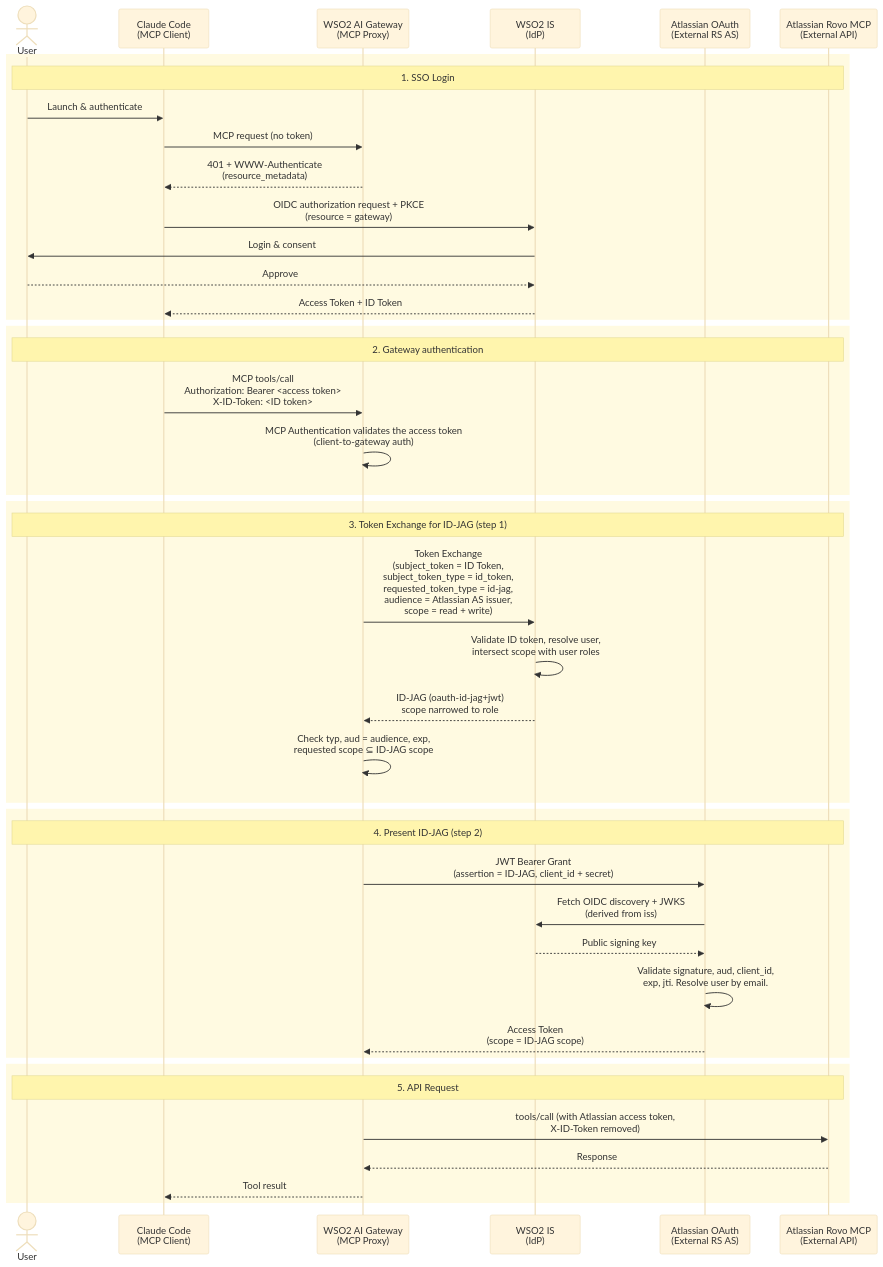
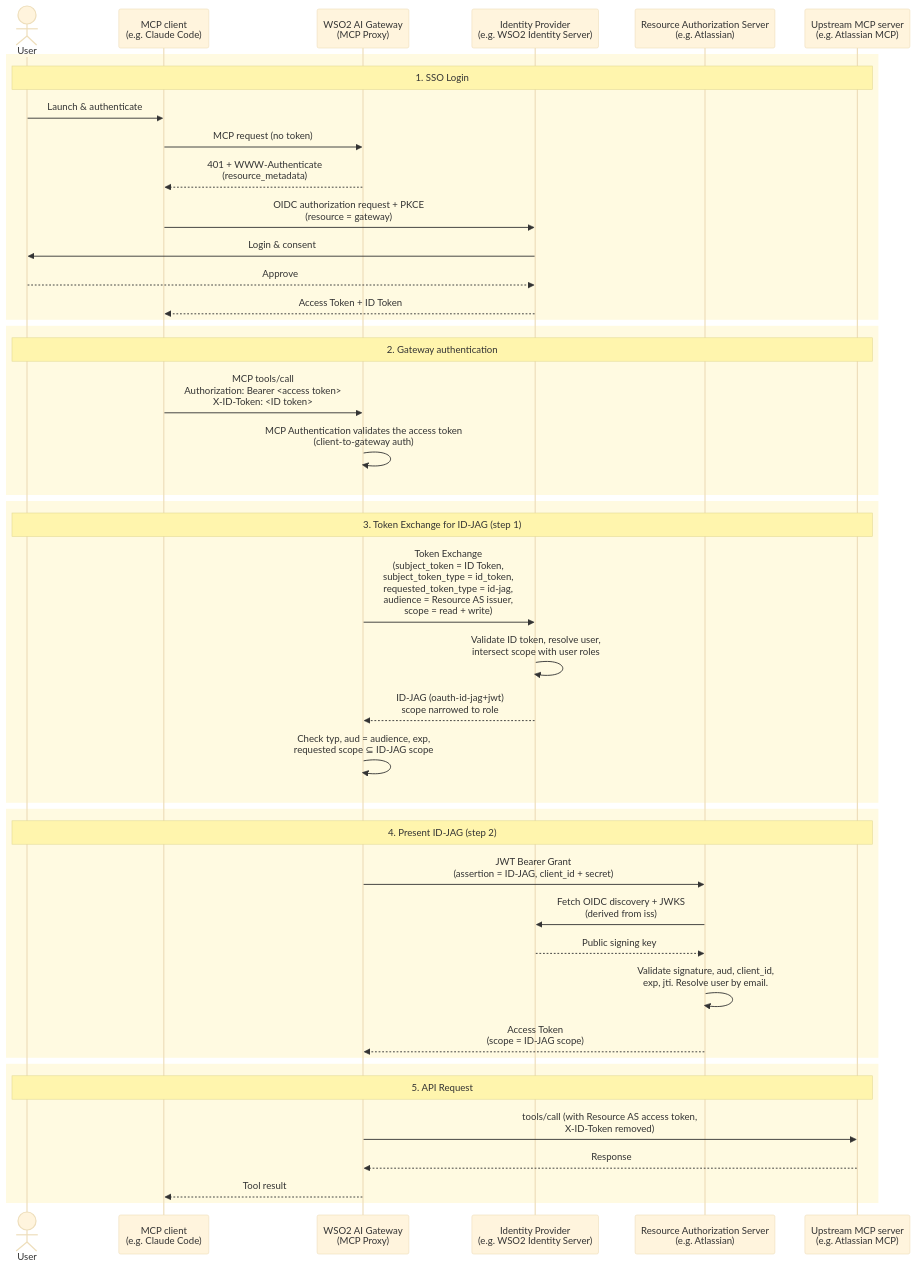
One commit to DinikaSen/id-jag-token-exchange-policy changed the diagram in docs/id-jag-flow-id-token.mmd. Above: the diagram before and after it, drawn with Mermaid (base theme). The commit also changed 5 other files, not shown here.

```diff
--- a/docs/id-jag-flow-id-token.mmd
+++ b/docs/id-jag-flow-id-token.mmd
@@ -1,48 +1,48 @@
 sequenceDiagram
     actor User
-    participant Client as Claude Code<br/>(MCP Client)
+    participant Client as MCP client<br/>(e.g. Claude Code)
     participant GW as WSO2 AI Gateway<br/>(MCP Proxy)
-    participant IdP as WSO2 IS<br/>(IdP)
-    participant RAS as Atlassian OAuth<br/>(External RS AS)
-    participant MCP as Atlassian Rovo MCP<br/>(External API)
+    participant IdP as Identity Provider<br/>(e.g. WSO2 Identity Server)
+    participant RAS as Resource Authorization Server<br/>(e.g. Atlassian)
+    participant MCP as Upstream MCP server<br/>(e.g. Atlassian MCP)
 
     rect rgb(255, 250, 225)
         Note over User,MCP: 1. SSO Login
         User->>Client: Launch & authenticate
         Client->>GW: MCP request (no token)
         GW-->>Client: 401 + WWW-Authenticate<br/>(resource_metadata)
         Client->>IdP: OIDC authorization request + PKCE<br/>(resource = gateway)
         IdP->>User: Login & consent
         User-->>IdP: Approve
         IdP-->>Client: Access Token + ID Token
     end
 
     rect rgb(255, 250, 225)
         Note over User,MCP: 2. Gateway authentication
         Client->>GW: MCP tools/call<br/>Authorization: Bearer <access token><br/>X-ID-Token: <ID token>
         GW->>GW: MCP Authentication validates the access token<br/>(client-to-gateway auth)
     end
 
     rect rgb(255, 250, 225)
         Note over User,MCP: 3. Token Exchange for ID-JAG (step 1)
-        GW->>IdP: Token Exchange<br/>(subject_token = ID Token,<br/>subject_token_type = id_token,<br/>requested_token_type = id-jag,<br/>audience = Atlassian AS issuer,<br/>scope = read + write)
+        GW->>IdP: Token Exchange<br/>(subject_token = ID Token,<br/>subject_token_type = id_token,<br/>requested_token_type = id-jag,<br/>audience = Resource AS issuer,<br/>scope = read + write)
         IdP->>IdP: Validate ID token, resolve user,<br/>intersect scope with user roles
         IdP-->>GW: ID-JAG (oauth-id-jag+jwt)<br/>scope narrowed to role
         GW->>GW: Check typ, aud = audience, exp,<br/>requested scope ⊆ ID-JAG scope
     end
 
     rect rgb(255, 250, 225)
         Note over User,MCP: 4. Present ID-JAG (step 2)
         GW->>RAS: JWT Bearer Grant<br/>(assertion = ID-JAG, client_id + secret)
         RAS->>IdP: Fetch OIDC discovery + JWKS<br/>(derived from iss)
         IdP-->>RAS: Public signing key
         RAS->>RAS: Validate signature, aud, client_id,<br/>exp, jti. Resolve user by email.
         RAS-->>GW: Access Token<br/>(scope = ID-JAG scope)
     end
 
     rect rgb(255, 250, 225)
         Note over User,MCP: 5. API Request
-        GW->>MCP: tools/call (with Atlassian access token,<br/>X-ID-Token removed)
+        GW->>MCP: tools/call (with Resource AS access token,<br/>X-ID-Token removed)
         MCP-->>GW: Response
         GW-->>Client: Tool result
     end
```
